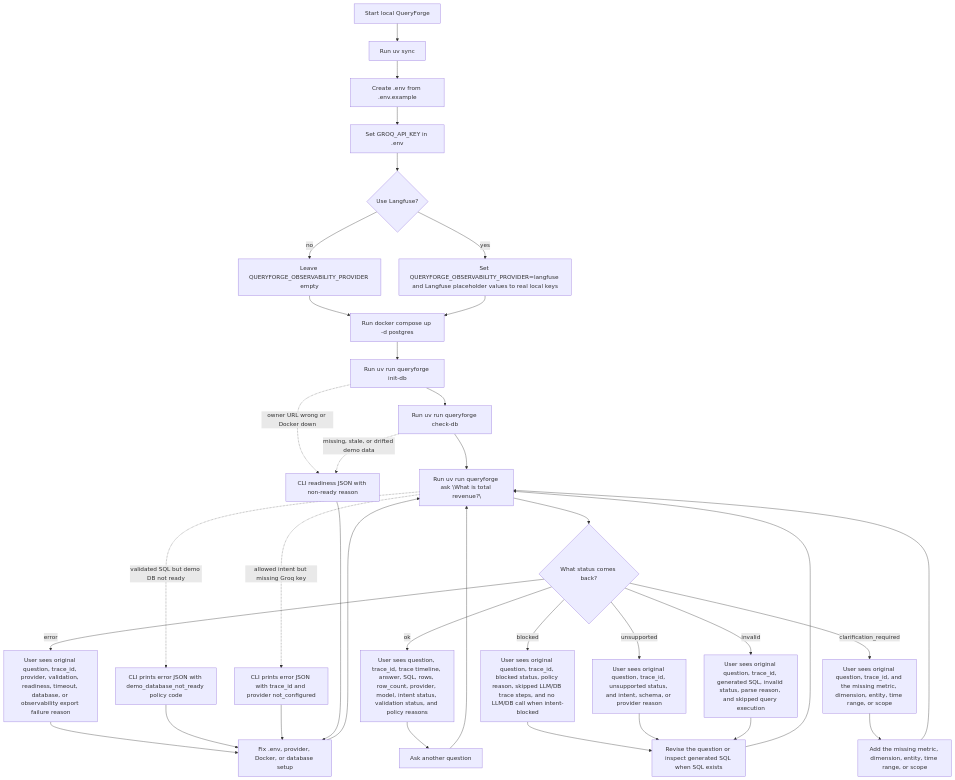
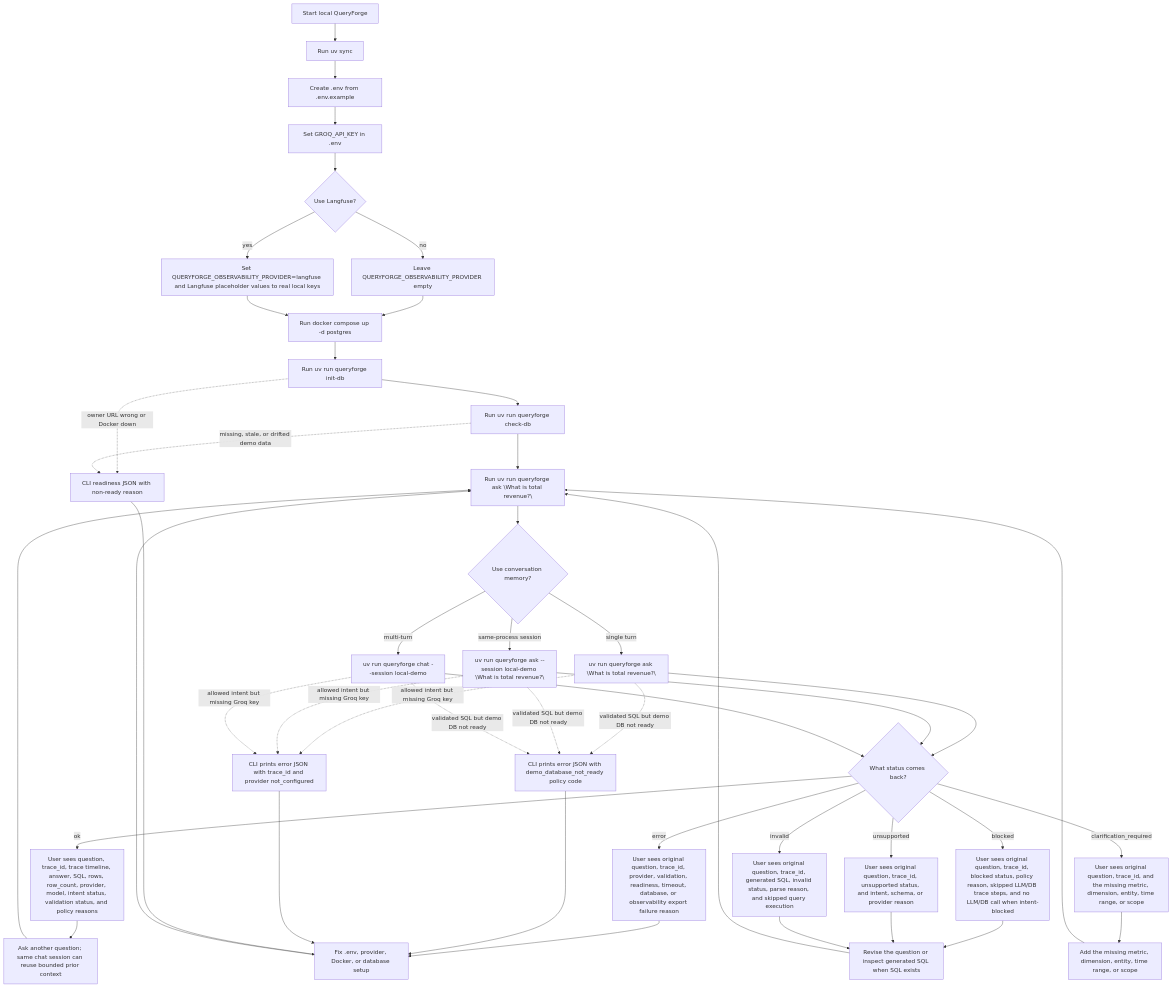
Before and after one commit to arpan-artisan/QueryForge: the fifth of 8 diagrams in docs/architecture-diagrams.md, drawn with Mermaid. The commit also changed other lines of this file and 34 other files, not shown here.

Commit message:
Add conversation memory to Ask Data

````diff
--- a/docs/architecture-diagrams.md
+++ b/docs/architecture-diagrams.md
@@ -492,43 +571,54 @@
 ```mermaid
 flowchart TD
     start["Start local QueryForge"] --> deps["Run uv sync"]
     deps --> env_file["Create .env from .env.example"]
     env_file --> key["Set GROQ_API_KEY in .env"]
     key --> optional_langfuse{"Use Langfuse?"}
     optional_langfuse -- no --> no_obs["Leave QUERYFORGE_OBSERVABILITY_PROVIDER empty"]
     optional_langfuse -- yes --> obs_keys["Set QUERYFORGE_OBSERVABILITY_PROVIDER=langfuse and Langfuse placeholder values to real local keys"]
 
     no_obs --> db_start["Run docker compose up -d postgres"]
     obs_keys --> db_start
     db_start --> init_db["Run uv run queryforge init-db"]
     init_db --> check_db["Run uv run queryforge check-db"]
     check_db --> ask["Run uv run queryforge ask \"What is total revenue?\""]
 
     init_db -. owner URL wrong or Docker down .-> setup_error["CLI setup error with owner URL guidance"]
     check_db -. missing, stale, or drifted demo data .-> setup_error["CLI readiness JSON with non-ready reason"]
-    ask -. allowed intent but missing Groq key .-> credential_error["CLI prints error JSON with trace_id and provider not_configured"]
-    ask -. validated SQL but demo DB not ready .-> readiness_error["CLI prints error JSON with demo_database_not_ready policy code"]
+    ask --> session_choice{"Use conversation memory?"}
+    session_choice -- single turn --> ask_single["uv run queryforge ask \"What is total revenue?\""]
+    session_choice -- same-process session --> ask_session["uv run queryforge ask --session local-demo \"What is total revenue?\""]
+    session_choice -- multi-turn --> chat_session["uv run queryforge chat --session local-demo"]
 
-    ask --> status{"What status comes back?"}
+    ask_single -. allowed intent but missing Groq key .-> credential_error["CLI prints error JSON with trace_id and provider not_configured"]
+    ask_session -. allowed intent but missing Groq key .-> credential_error
+    chat_session -. allowed intent but missing Groq key .-> credential_error
+    ask_single -. validated SQL but demo DB not ready .-> readiness_error["CLI prints error JSON with demo_database_not_ready policy code"]
+    ask_session -. validated SQL but demo DB not ready .-> readiness_error
+    chat_session -. validated SQL but demo DB not ready .-> readiness_error
+
+    ask_single --> status{"What status comes back?"}
+    ask_session --> status
+    chat_session --> status
     status -- ok --> success["User sees question, trace_id, trace timeline, answer, SQL, rows, row_count, provider, model, intent status, validation status, and policy reasons"]
     status -- blocked --> blocked["User sees original question, trace_id, blocked status, policy reason, skipped LLM/DB trace steps, and no LLM/DB call when intent-blocked"]
     status -- unsupported --> unsupported["User sees original question, trace_id, unsupported status, and intent, schema, or provider reason"]
     status -- clarification_required --> clarification["User sees original question, trace_id, and the missing metric, dimension, entity, time range, or scope"]
     status -- invalid --> invalid["User sees original question, trace_id, generated SQL, invalid status, parse reason, and skipped query execution"]
     status -- error --> error["User sees original question, trace_id, provider, validation, readiness, timeout, database, or observability export failure reason"]
 
-    success --> next_question["Ask another question"]
+    success --> next_question["Ask another question; same chat session can reuse bounded prior context"]
     blocked --> revise["Revise the question or inspect generated SQL when SQL exists"]
     unsupported --> revise
     clarification --> clarify_question["Add the missing metric, dimension, entity, time range, or scope"]
     clarify_question --> ask
     invalid --> revise
     error --> fix_setup["Fix .env, provider, Docker, or database setup"]
     readiness_error --> fix_setup
     credential_error --> fix_setup
     setup_error --> fix_setup
 
     revise --> ask
     fix_setup --> ask
     next_question --> ask
 ```
````
